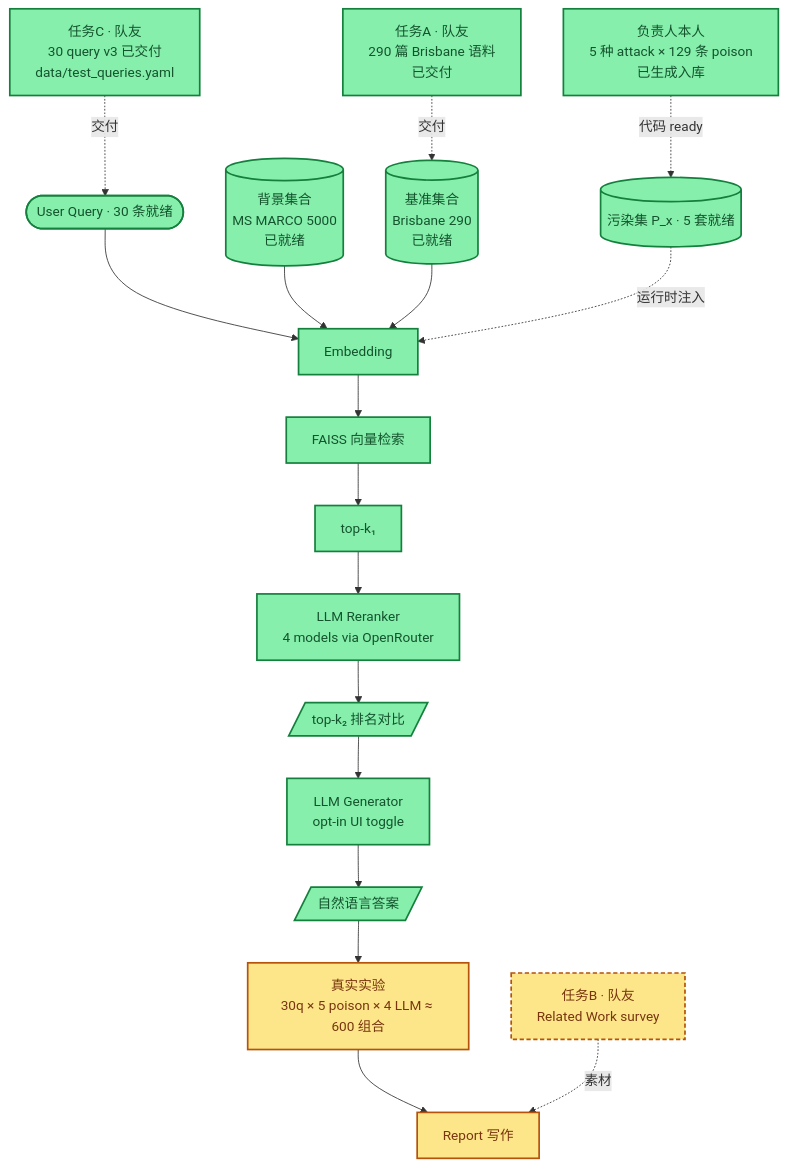
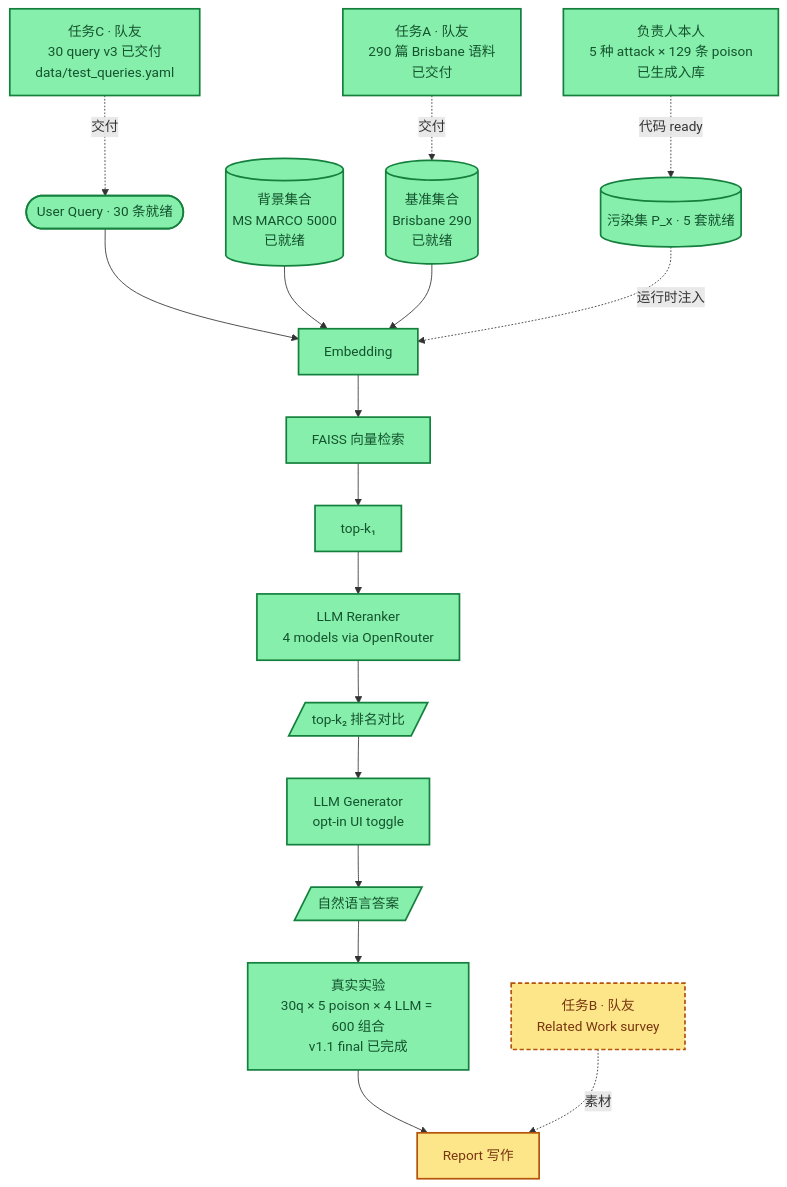
One commit to LiuJiLan/COMS4507-RAG-Poisoning-Demo changed the second of 2 diagrams in README.cn.md. Above: the diagram before and after it, drawn with Mermaid. The commit also changed 20 other files, not shown here.

````diff
--- a/README.cn.md
+++ b/README.cn.md
@@ -91,49 +91,49 @@
 ```mermaid
 flowchart TB
     %% ===== 待交付任务（虚线框，标 owner） =====
     TA["任务A · 队友<br/>290 篇 Brisbane 语料<br/>已交付"]:::ready
     TC["任务C · 队友<br/>30 query v3 已交付<br/>data/test_queries.yaml"]:::ready
     TL["负责人本人<br/>5 种 attack × 129 条 poison<br/>已生成入库"]:::ready
     TB["任务B · 队友<br/>Related Work survey"]:::task
 
     %% ===== RAG 输入（部分就绪） =====
     Q([User Query · 30 条就绪]):::ready
     BG[("背景集合<br/>MS MARCO 5000<br/>已就绪")]:::ready
     BASE[("基准集合<br/>Brisbane 290<br/>已就绪")]:::ready
     PX[(污染集 P_x · 5 套就绪)]:::ready
 
     %% ===== Pipeline 代码（已就绪） =====
     EMB["Embedding"]:::ready
     FAISS["FAISS 向量检索"]:::ready
     K1["top-k₁"]:::ready
     RER["LLM Reranker<br/>4 models via OpenRouter"]:::ready
     GEN["LLM Generator<br/>opt-in UI toggle"]:::ready
     K2[/"top-k₂ 排名对比"/]:::ready
     ANS[/"自然语言答案"/]:::ready
 
-    %% ===== 最终产出（阻塞中） =====
-    EXP["真实实验<br/>30q × 5 poison × 4 LLM ≈ 600 组合"]:::wait
+    %% ===== 最终产出 =====
+    EXP["真实实验<br/>30q × 5 poison × 4 LLM = 600 组合<br/>v1.1 final 已完成"]:::ready
     REP["Report 写作"]:::wait
 
     %% 任务 → 输入 供给关系
     TC -.->|交付| Q
     TA -.->|交付| BASE
     TL -.->|代码 ready| PX
 
     %% Pipeline 主流
     Q --> EMB
     BG --> EMB
     BASE --> EMB
     PX -. 运行时注入 .-> EMB
     EMB --> FAISS --> K1 --> RER --> K2 --> GEN --> ANS
 
     %% 下游阻塞链
     ANS --> EXP
     EXP --> REP
     TB -.->|素材| REP
 
     classDef ready fill:#86efac,stroke:#15803d,color:#14532d,stroke-width:2px
     classDef wait fill:#fde68a,stroke:#b45309,color:#78350f,stroke-width:2px
     classDef task fill:#fde68a,stroke:#b45309,color:#78350f,stroke-width:2px,stroke-dasharray:5 3
     classDef partial fill:#dcfce7,stroke:#15803d,color:#14532d,stroke-width:2px,stroke-dasharray:3 3
 ```
````
